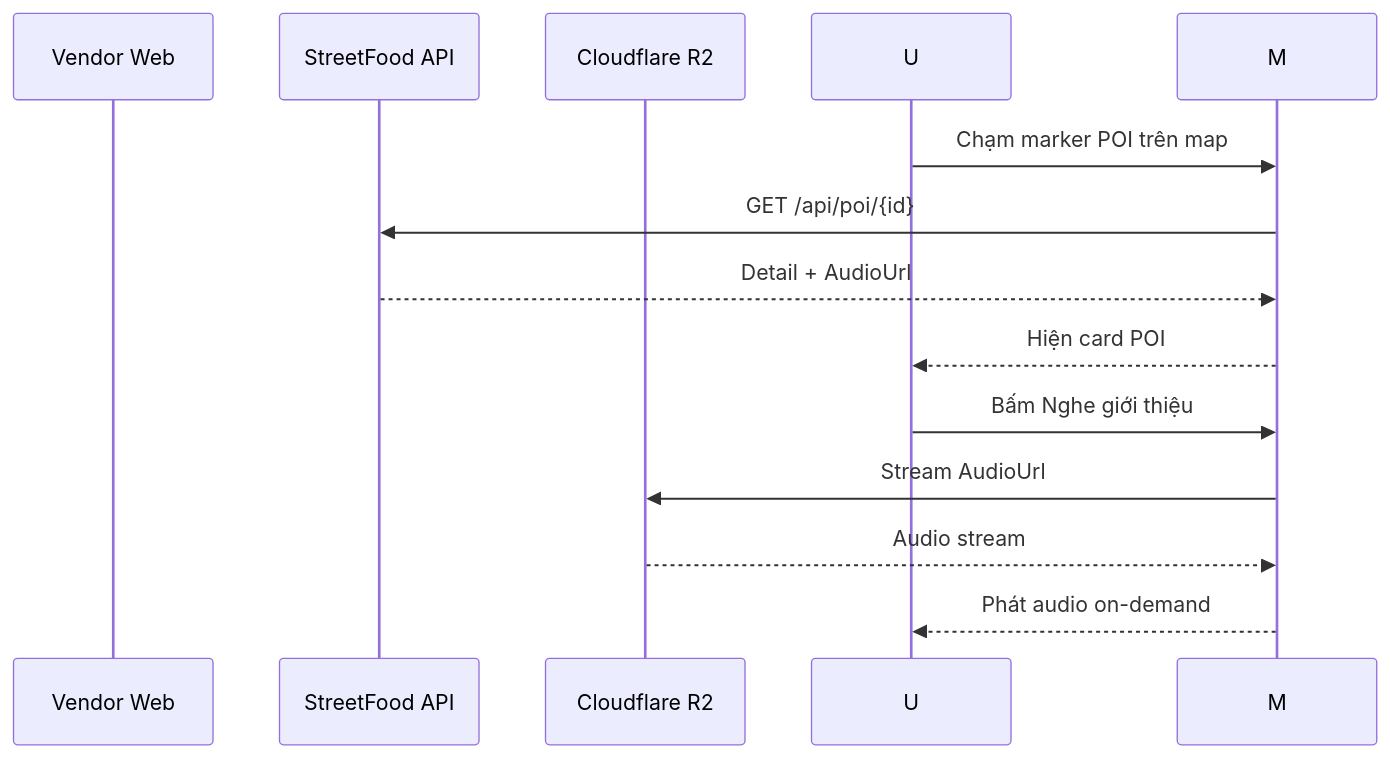
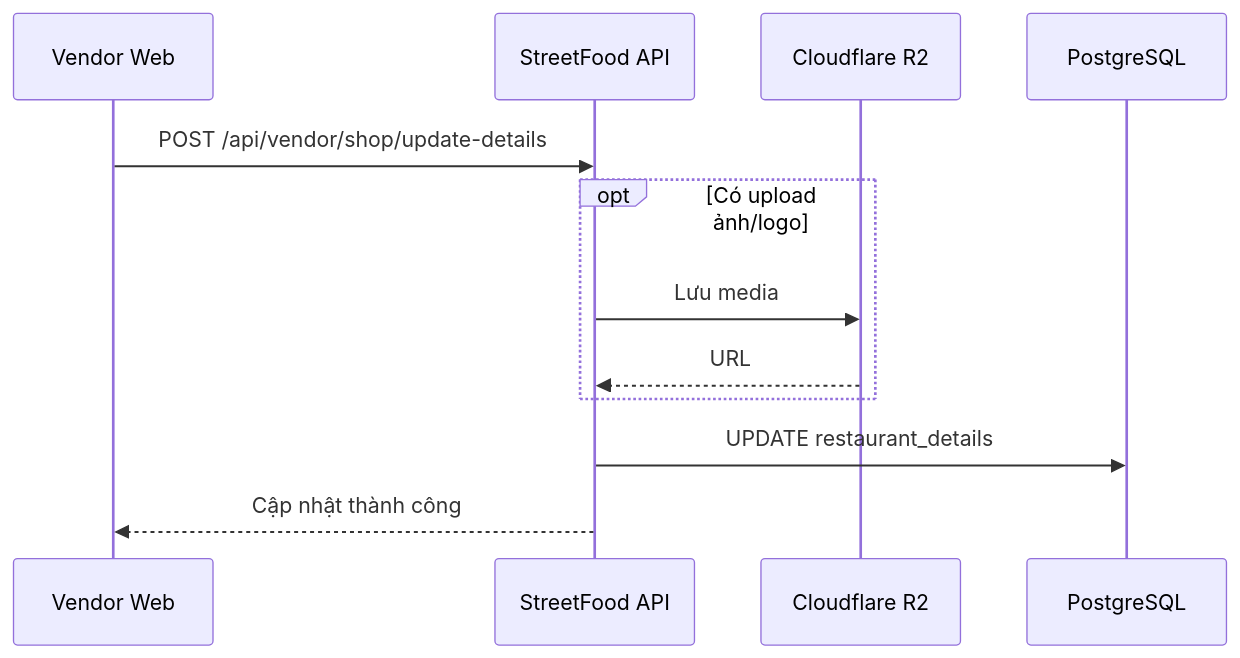
Before and after one commit to NguyenPhuc-Du/StreetFood: diagram 14 of 45 in prd.md, drawn with Mermaid. The commit also changed other lines of this file and 2 other files, not shown here.

Commit message:
Update PRD + Fix web admin/app

````diff
--- a/prd.md
+++ b/prd.md
@@ -851,14 +851,15 @@
 ```mermaid
 sequenceDiagram
     participant V as Vendor Web
     participant API as StreetFood API
     participant R2 as Cloudflare R2
-    U->>M: Chạm marker POI trên map
-    M->>API: GET /api/poi/{id}
-    API-->>M: Detail + AudioUrl
-    M-->>U: Hiện card POI
-    U->>M: Bấm Nghe giới thiệu
-    M->>R2: Stream AudioUrl
-    R2-->>M: Audio stream
-    M-->>U: Phát audio on-demand
+    participant DB as PostgreSQL
+
+    V->>API: POST /api/vendor/shop/update-details
+    opt Có upload ảnh/logo
+        API->>R2: Lưu media
+        R2-->>API: URL
+    end
+    API->>DB: UPDATE restaurant_details
+    API-->>V: Cập nhật thành công
 ```
````
